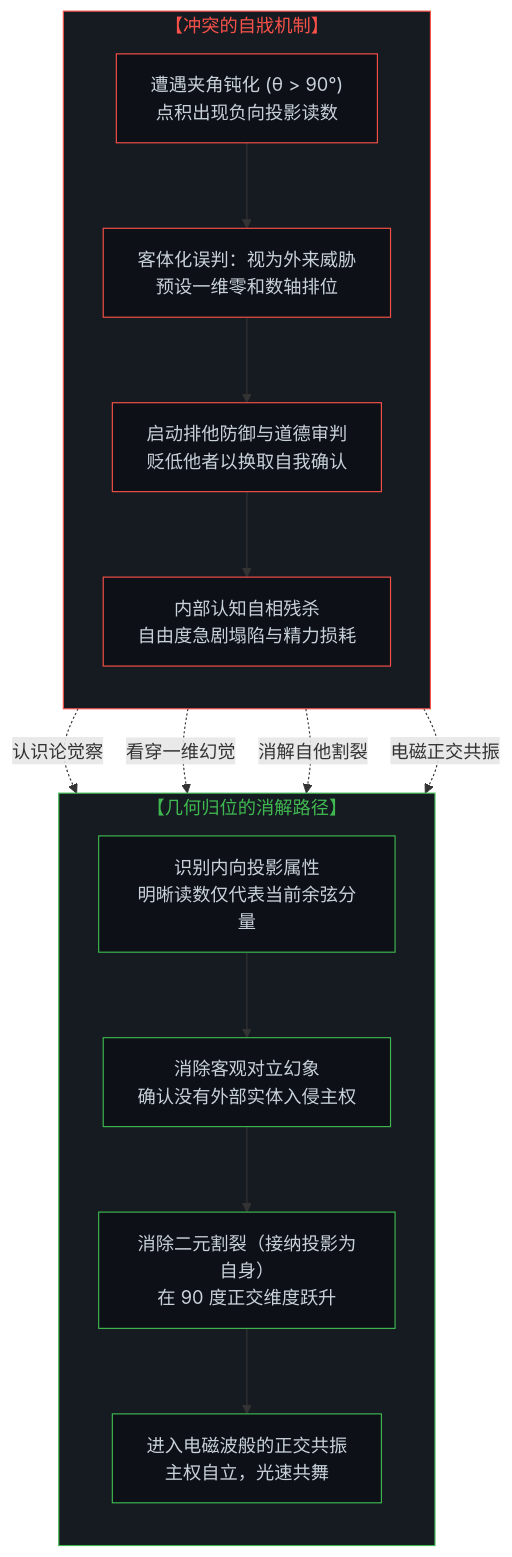
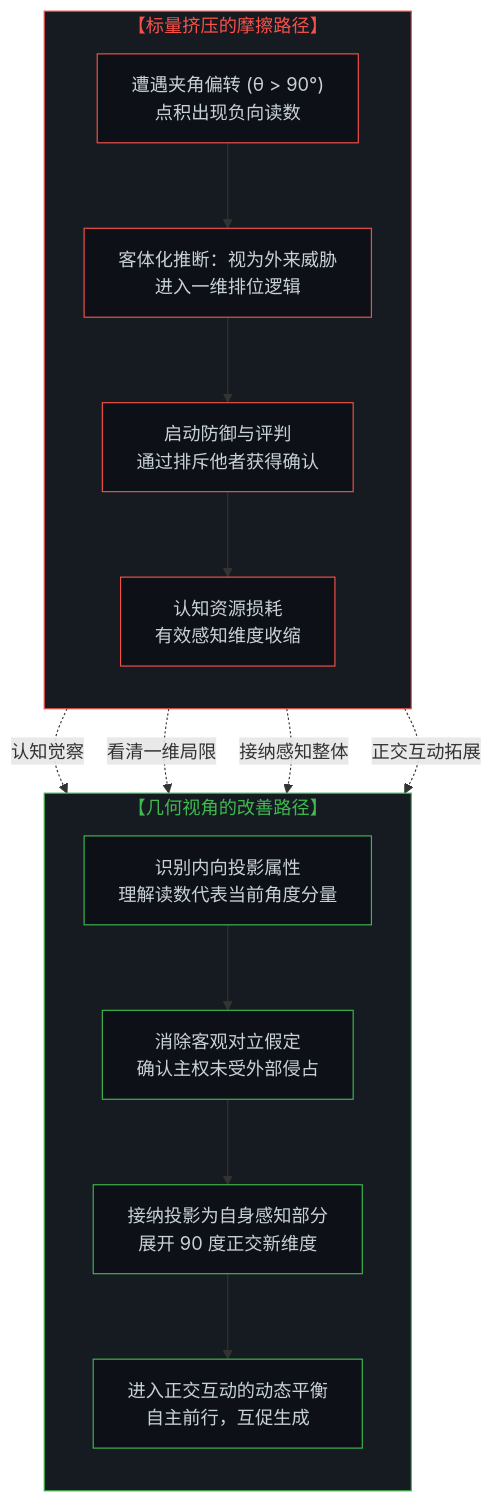
The third of 4 diagrams in content/posts/the-mind-as-vector-and-coordinate-system.md (powerpig99/not-a-toe), drawn with Mermaid before and after one commit. The commit also changed other lines of this file and 5 other files, not shown here.

````diff
--- a/content/posts/the-mind-as-vector-and-coordinate-system.md
+++ b/content/posts/the-mind-as-vector-and-coordinate-system.md
@@ -170,36 +167,36 @@
 ```mermaid
 graph TD
-    subgraph Conflict["【冲突的自戕机制】"]
+    subgraph Conflict["【标量挤压的摩擦路径】"]
         direction TB
-        C1["遭遇夹角钝化 (θ > 90°)<br>点积出现负向投影读数"]
-        C2["客体化误判：视为外来威胁<br>预设一维零和数轴排位"]
-        C3["启动排他防御与道德审判<br>贬低他者以换取自我确认"]
-        C4["内部认知自相残杀<br>自由度急剧塌陷与精力损耗"]
+        C1["遭遇夹角偏转 (θ > 90°)<br>点积出现负向读数"]
+        C2["客体化推断：视为外来威胁<br>进入一维排位逻辑"]
+        C3["启动防御与评判<br>通过排斥他者获得确认"]
+        C4["认知资源损耗<br>有效感知维度收缩"]
         C1 --> C2 --> C3 --> C4
     end
 
-    subgraph Dissolution["【几何归位的消解路径】"]
+    subgraph Resolution["【几何视角的改善路径】"]
         direction TB
-        D1["识别内向投影属性<br>明晰读数仅代表当前余弦分量"]
-        D2["消除客观对立幻象<br>确认没有外部实体入侵主权"]
-        D3["消除二元割裂（接纳投影为自身）<br>在 90 度正交维度跃升"]
-        D4["进入电磁波般的正交共振<br>主权自立，光速共舞"]
+        D1["识别内向投影属性<br>理解读数代表当前角度分量"]
+        D2["消除客观对立假定<br>确认主权未受外部侵占"]
+        D3["接纳投影为自身感知部分<br>展开 90 度正交新维度"]
+        D4["进入正交互动的动态平衡<br>自主前行，互促生成"]
         D1 --> D2 --> D3 --> D4
     end
 
-    C1 -.->|"认识论觉察"| D1
-    C2 -.->|"看穿一维幻觉"| D2
-    C3 -.->|"消解自他割裂"| D3
-    C4 -.->|"电磁正交共振"| D4
+    C1 -.->|"认知觉察"| D1
+    C2 -.->|"看清一维局限"| D2
+    C3 -.->|"接纳感知整体"| D3
+    C4 -.->|"正交互动拓展"| D4
 
     style Conflict fill:#161b22,stroke:#f85149,stroke-width:1px,color:#f85149
-    style Dissolution fill:#161b22,stroke:#3fb950,stroke-width:1px,color:#3fb950
+    style Resolution fill:#161b22,stroke:#3fb950,stroke-width:1px,color:#3fb950
     style C1 fill:#0d1117,stroke:#f85149,stroke-width:1px,color:#c9d1d9
     style C2 fill:#0d1117,stroke:#f85149,stroke-width:1px,color:#c9d1d9
     style C3 fill:#0d1117,stroke:#f85149,stroke-width:1px,color:#c9d1d9
     style C4 fill:#0d1117,stroke:#f85149,stroke-width:1px,color:#c9d1d9
     style D1 fill:#0d1117,stroke:#3fb950,stroke-width:1px,color:#c9d1d9
     style D2 fill:#0d1117,stroke:#3fb950,stroke-width:1px,color:#c9d1d9
     style D3 fill:#0d1117,stroke:#3fb950,stroke-width:1px,color:#c9d1d9
     style D4 fill:#0d1117,stroke:#3fb950,stroke-width:1px,color:#c9d1d9
 ```
````
